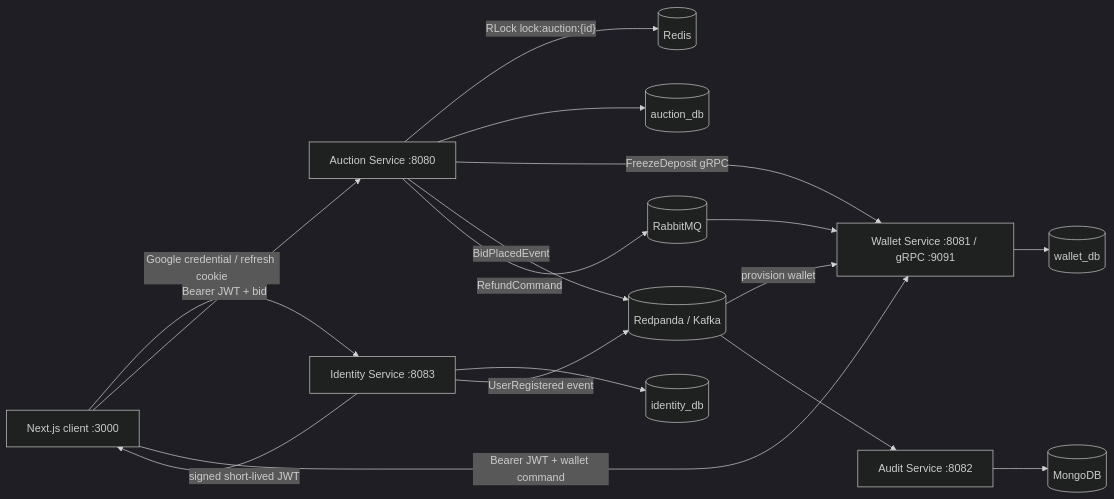
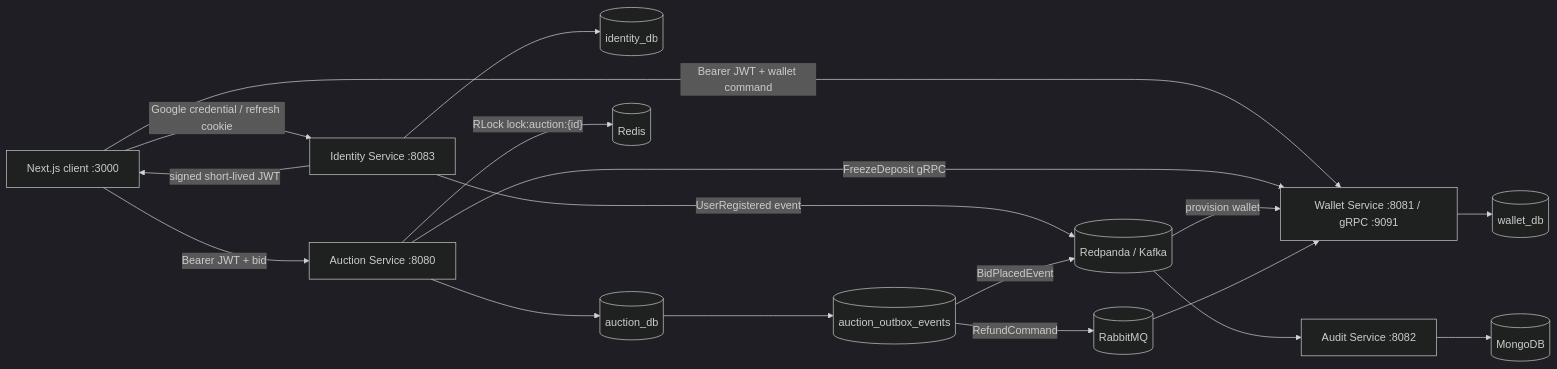
The first of 3 diagrams in README.md (okuminhphen/omnibid), drawn with Mermaid (dark theme) before and after one commit. The commit also changed other lines of this file and 3 other files, not shown here.

````diff
--- a/README.md
+++ b/README.md
@@ -30,32 +31,34 @@
 ```mermaid
 flowchart LR
     Browser["Next.js client :3000"]
     Identity["Identity Service :8083"]
     Auction["Auction Service :8080"]
     Wallet["Wallet Service :8081 / gRPC :9091"]
     Audit["Audit Service :8082"]
     IDDB[(identity_db)]
     ADB[(auction_db)]
+    Outbox[(auction_outbox_events)]
     WDB[(wallet_db)]
     Redis[(Redis)]
     Kafka[(Redpanda / Kafka)]
     Rabbit[(RabbitMQ)]
     Mongo[(MongoDB)]
 
     Browser -->|"Google credential / refresh cookie"| Identity
     Identity --> IDDB
     Identity -->|"signed short-lived JWT"| Browser
     Identity -->|"UserRegistered event"| Kafka
     Browser -->|"Bearer JWT + bid"| Auction
     Browser -->|"Bearer JWT + wallet command"| Wallet
     Auction -->|"RLock lock:auction:{id}"| Redis
     Auction --> ADB
+    ADB --> Outbox
     Auction -->|"FreezeDeposit gRPC"| Wallet
     Wallet --> WDB
     Kafka -->|"provision wallet"| Wallet
-    Auction -->|"BidPlacedEvent"| Kafka
+    Outbox -->|"BidPlacedEvent"| Kafka
     Kafka --> Audit
     Audit --> Mongo
-    Auction -->|"RefundCommand"| Rabbit
+    Outbox -->|"RefundCommand"| Rabbit
     Rabbit --> Wallet
 ```
````
